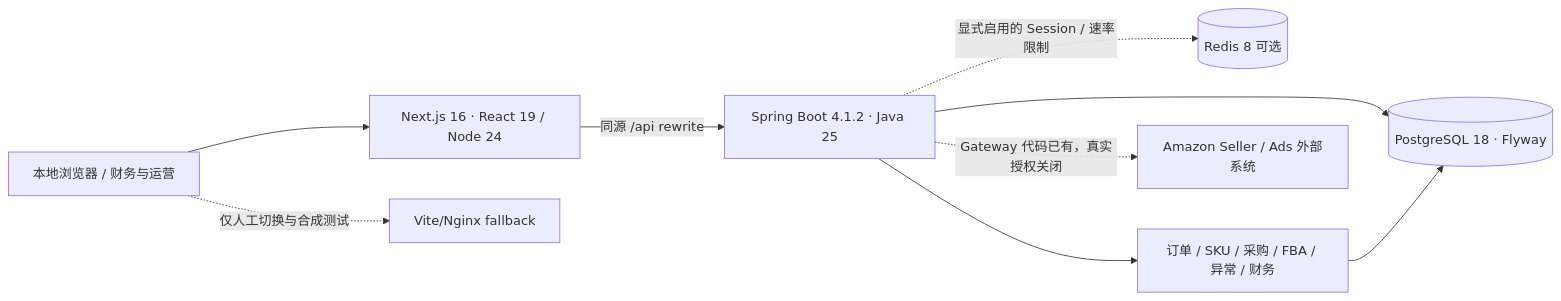
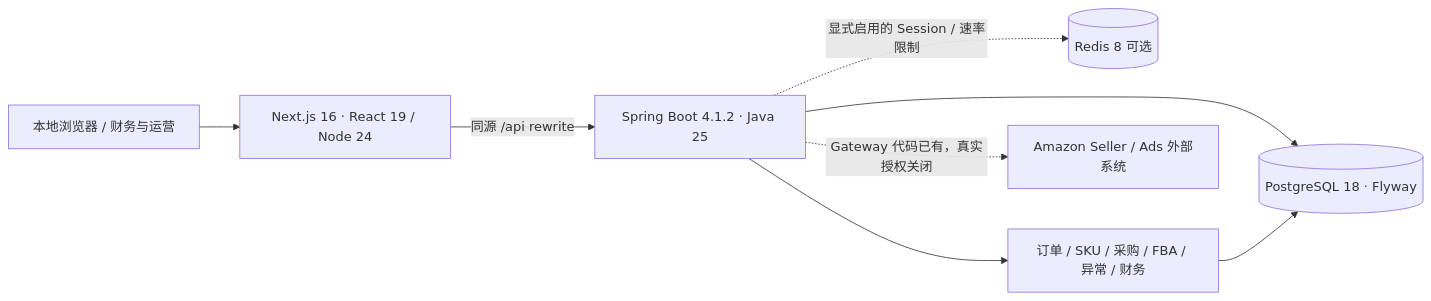
One commit to kunlong-luo/merchivra changed the diagram in docs/architecture/overview.md. Above: the diagram before and after it, drawn with Mermaid. The commit also changed other lines of this file and 34 other files, not shown here.

````diff
--- a/docs/architecture/overview.md
+++ b/docs/architecture/overview.md
@@ -7,11 +7,10 @@
 ```mermaid
 flowchart LR
   Browser["本地浏览器 / 财务与运营"] --> Web["Next.js 16 · React 19 / Node 24"]
   Web -->|"同源 /api rewrite"| API["Spring Boot 4.1.2 · Java 25"]
   API --> PG[("PostgreSQL 18 · Flyway")]
   API -. "显式启用的 Session / 速率限制" .-> Redis[("Redis 8 可选")]
   API --> Core["订单 / SKU / 采购 / FBA / 异常 / 财务"]
   Core --> PG
   API -. "Gateway 代码已有，真实授权关闭" .-> Amazon["Amazon Seller / Ads 外部系统"]
-  Browser -. "仅人工切换与合成测试" .-> Vite["Vite/Nginx fallback"]
 ```
````
